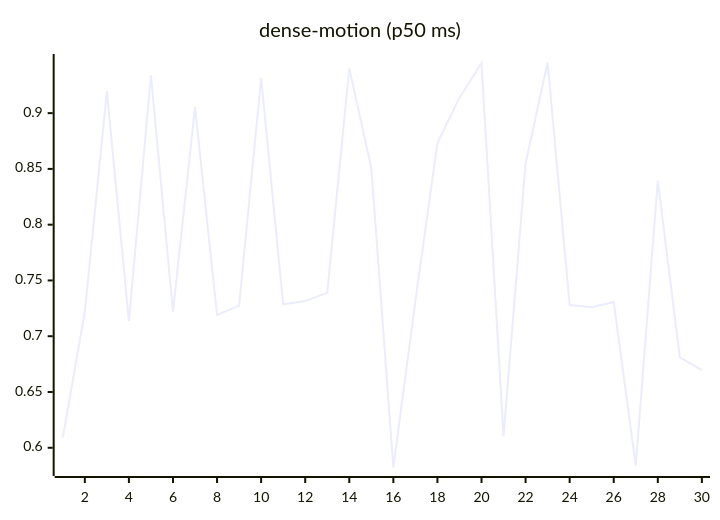
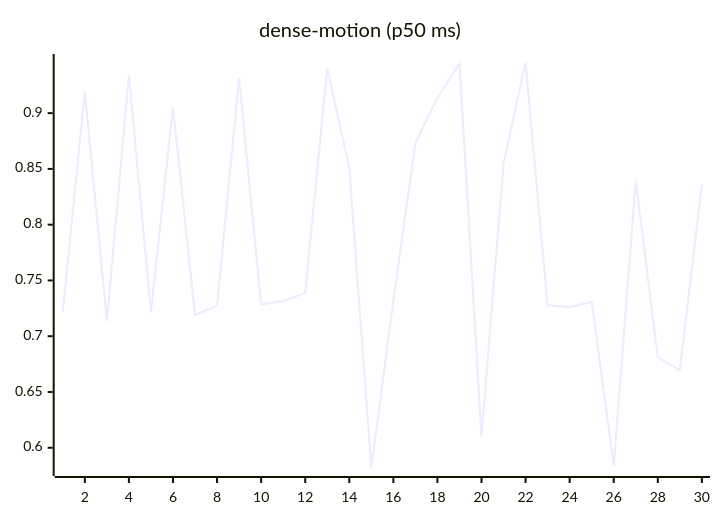
Before and after one commit to josha/Facet: the ninth of 27 diagrams in README.md, drawn with Mermaid. The commit also changed other lines of this file and 2 other files, not shown here.

````diff
--- a/README.md
+++ b/README.md
@@ -119,6 +119,6 @@
 ```mermaid
 xychart-beta
     title "dense-motion (p50 ms)"
     x-axis 1 --> 30
-    line [0.6090, 0.7219, 0.9196, 0.7134, 0.9338, 0.7216, 0.9055, 0.7190, 0.7274, 0.9314, 0.7286, 0.7316, 0.7389, 0.9402, 0.8508, 0.5823, 0.7317, 0.8731, 0.9139, 0.9448, 0.6101, 0.8549, 0.9454, 0.7280, 0.7259, 0.7307, 0.5841, 0.8396, 0.6811, 0.6696]
+    line [0.7219, 0.9196, 0.7134, 0.9338, 0.7216, 0.9055, 0.7190, 0.7274, 0.9314, 0.7286, 0.7316, 0.7389, 0.9402, 0.8508, 0.5823, 0.7317, 0.8731, 0.9139, 0.9448, 0.6101, 0.8549, 0.9454, 0.7280, 0.7259, 0.7307, 0.5841, 0.8396, 0.6811, 0.6696, 0.8361]
 ```
````
